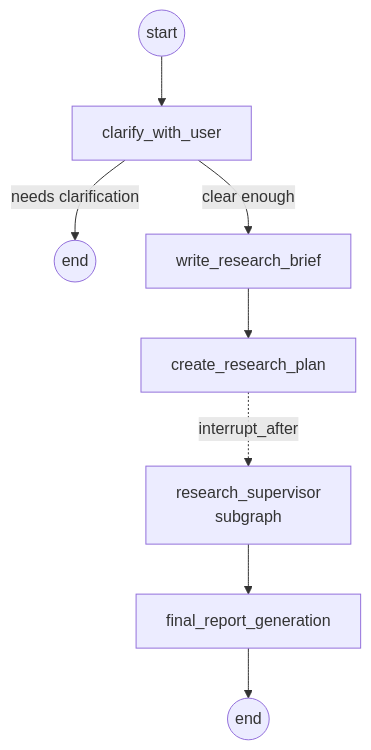
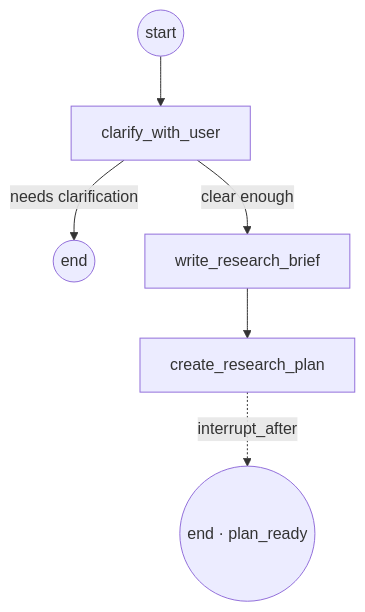
Before and after one commit to adi790uu/Research-Copilot: the third of 5 diagrams in docs/architecture.md, drawn with Mermaid. The commit also changed other lines of this file and 47 other files, not shown here.

Commit message:
feat: flow and schema hanges

````diff
--- a/docs/architecture.md
+++ b/docs/architecture.md
@@ -141,10 +154,8 @@
 ```mermaid
 flowchart TD
   START((start)) --> C[clarify_with_user]
   C -->|needs clarification| E1((end))
   C -->|clear enough| B[write_research_brief]
   B --> P[create_research_plan]
-  P -.interrupt_after.-> S[research_supervisor<br/>subgraph]
-  S --> R[final_report_generation]
-  R --> E2((end))
+  P -.interrupt_after.-> E2((end · plan_ready))
 ```
````
